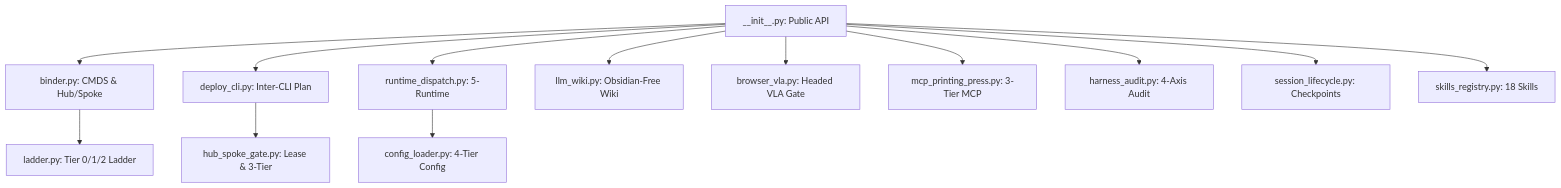
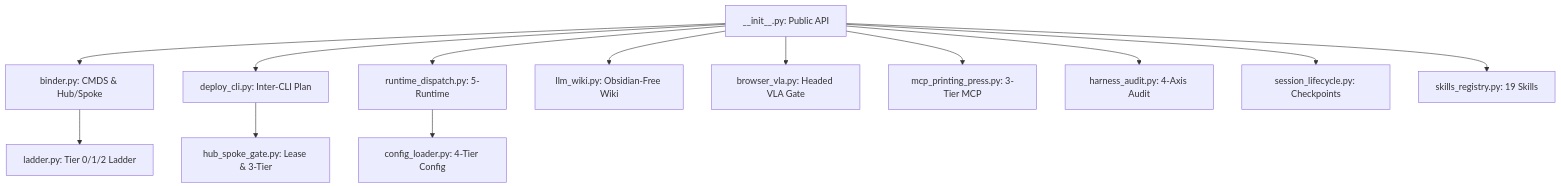
Before and after one commit to quamentalabs/patchwork-os: the second of 2 diagrams in docs/architecture/pwos-cockpit-and-5runtime-playbook.md, drawn with Mermaid. The commit also changed 18 other files, not shown here.

````diff
--- a/docs/architecture/pwos-cockpit-and-5runtime-playbook.md
+++ b/docs/architecture/pwos-cockpit-and-5runtime-playbook.md
@@ -34,15 +34,15 @@
 ```mermaid
 flowchart TD
   INIT["__init__.py: Public API"] --> BIND["binder.py: CMDS & Hub/Spoke"]
   BIND --> LAD["ladder.py: Tier 0/1/2 Ladder"]
   INIT --> DCLI["deploy_cli.py: Inter-CLI Plan"]
   DCLI --> HSG["hub_spoke_gate.py: Lease & 3-Tier"]
   INIT --> RDSP["runtime_dispatch.py: 5-Runtime"]
   RDSP --> CFG["config_loader.py: 4-Tier Config"]
   INIT --> WIKI["llm_wiki.py: Obsidian-Free Wiki"]
   INIT --> BVLA["browser_vla.py: Headed VLA Gate"]
   INIT --> MCPP["mcp_printing_press.py: 3-Tier MCP"]
   INIT --> HARN["harness_audit.py: 4-Axis Audit"]
   INIT --> SESS["session_lifecycle.py: Checkpoints"]
-  INIT --> SKIL["skills_registry.py: 18 Skills"]
+  INIT --> SKIL["skills_registry.py: 19 Skills"]
 ```
````
